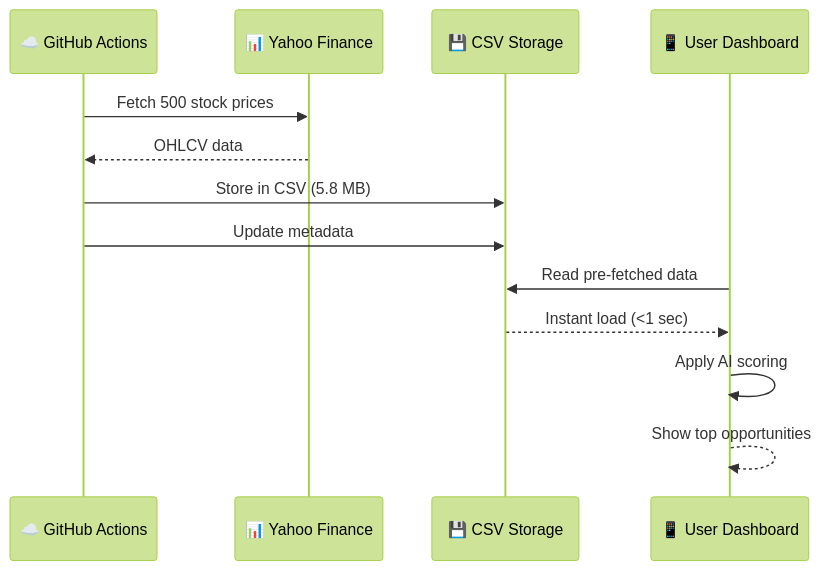
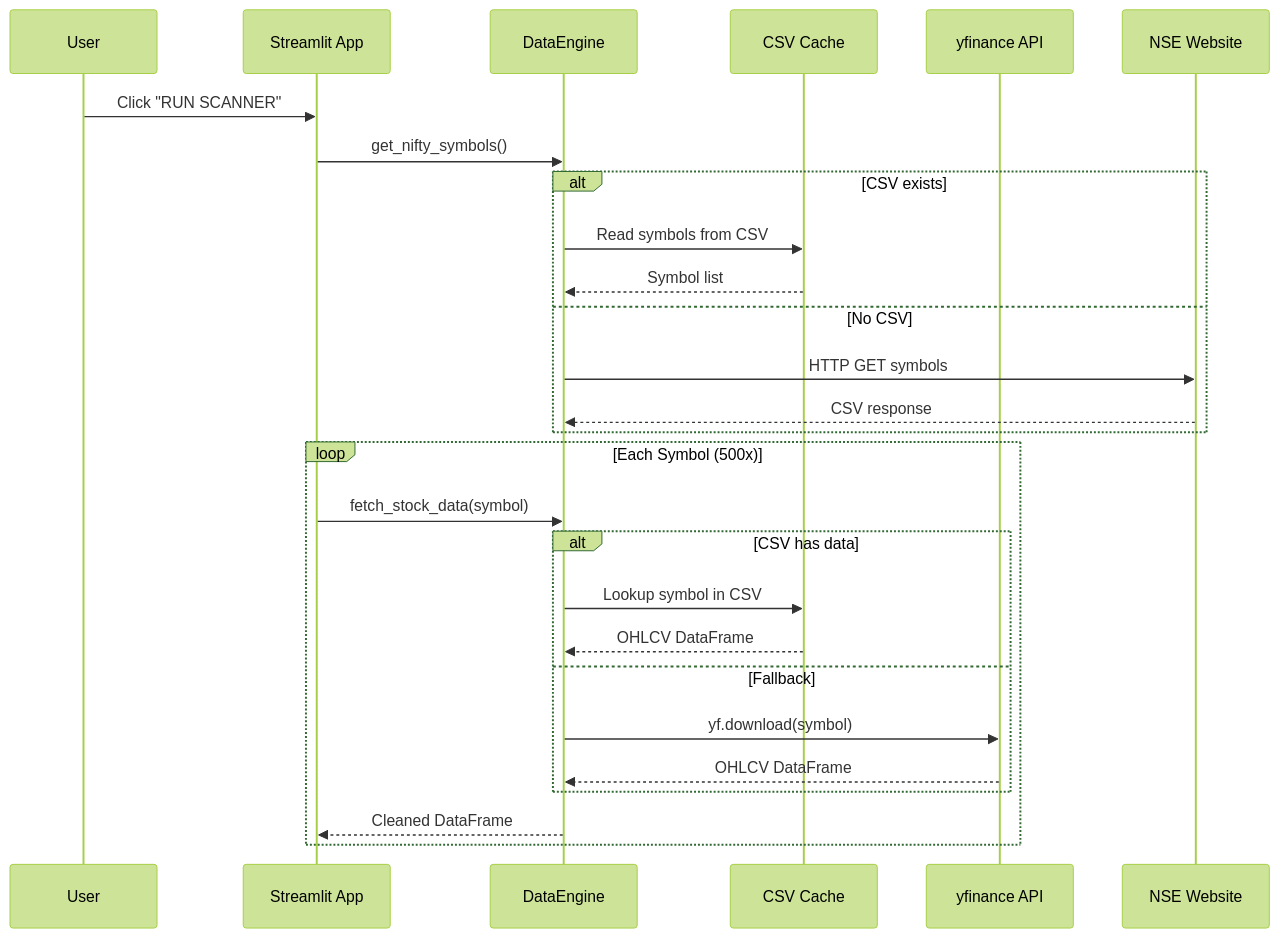
One commit to pravindev666/Tradyx-Aleph changed the third of 8 diagrams in README.md. Above: the diagram before and after it, drawn with Mermaid (forest theme). The commit also changed other lines of this file, not shown here.

````diff
--- a/README.md
+++ b/README.md
@@ -162,16 +149,34 @@
 ```mermaid
 sequenceDiagram
-    participant Cloud as ☁️ GitHub Actions
-    participant API as 📊 Yahoo Finance
-    participant DB as 💾 CSV Storage
-    participant App as 📱 User Dashboard
+    participant User
+    participant App as Streamlit App
+    participant DE as DataEngine
+    participant Cache as CSV Cache
+    participant YF as yfinance API
+    participant NSE as NSE Website
     
-    Cloud->>API: Fetch 500 stock prices
-    API-->>Cloud: OHLCV data
-    Cloud->>DB: Store in CSV (5.8 MB)
-    Cloud->>DB: Update metadata
-    App->>DB: Read pre-fetched data
-    DB-->>App: Instant load (<1 sec)
-    App->>App: Apply AI scoring
-    App-->>App: Show top opportunities
+    User->>App: Click "RUN SCANNER"
+    App->>DE: get_nifty_symbols()
+    
+    alt CSV exists
+        DE->>Cache: Read symbols from CSV
+        Cache-->>DE: Symbol list
+    else No CSV
+        DE->>NSE: HTTP GET symbols
+        NSE-->>DE: CSV response
+    end
+    
+    loop Each Symbol (500x)
+        App->>DE: fetch_stock_data(symbol)
+        
+        alt CSV has data
+            DE->>Cache: Lookup symbol in CSV
+            Cache-->>DE: OHLCV DataFrame
+        else Fallback
+            DE->>YF: yf.download(symbol)
+            YF-->>DE: OHLCV DataFrame
+        end
+        
+        DE-->>App: Cleaned DataFrame
+    end
 ```
````
